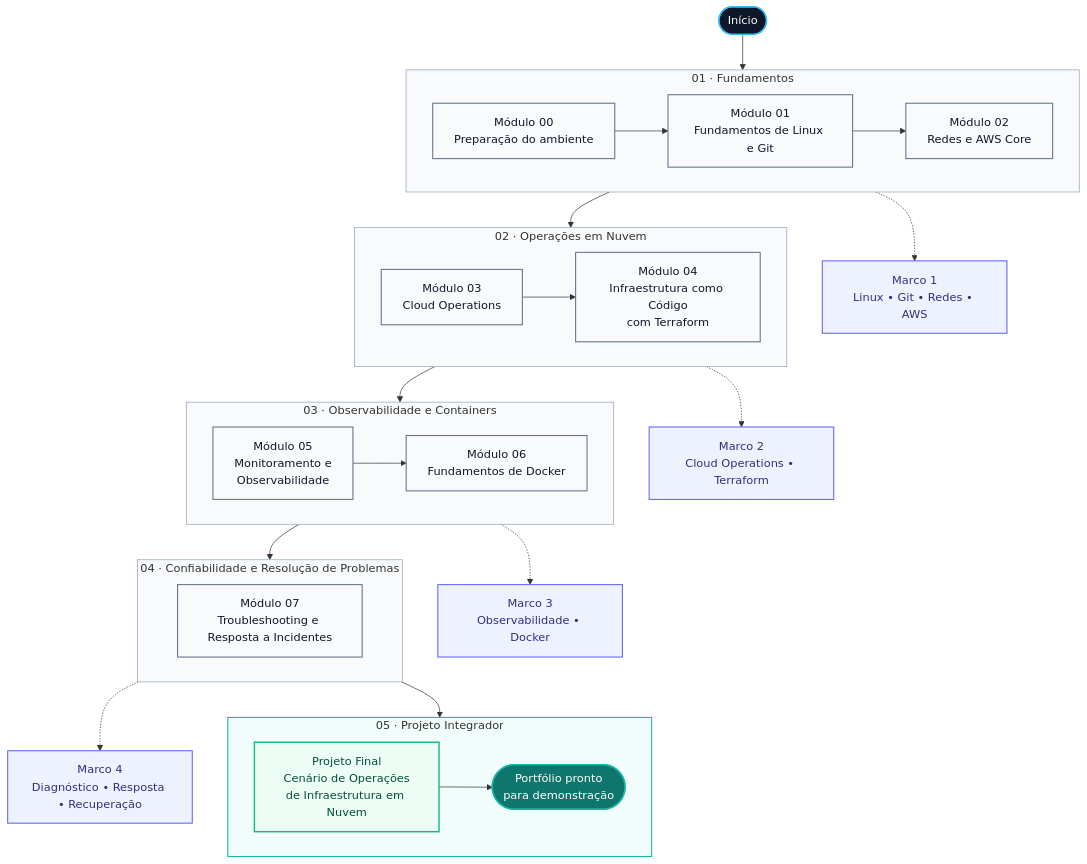
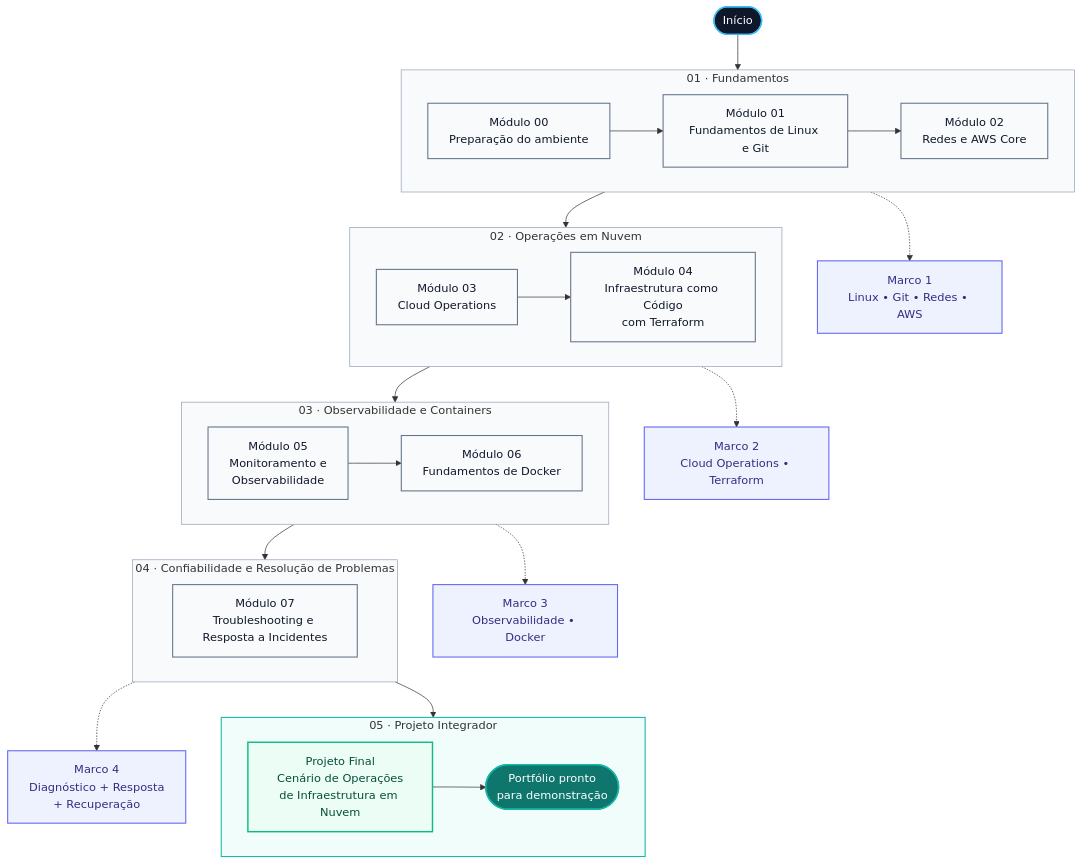
The first of 2 diagrams in docs/roadmap.md (itamarsb/cloud-infrastructure-operations-lab), drawn with Mermaid before and after one commit.

````diff
--- a/docs/roadmap.md
+++ b/docs/roadmap.md
@@ -38,72 +38,72 @@
 ```mermaid
 flowchart TB
     START([Início])
 
     subgraph F1["01 · Fundamentos"]
         direction LR
         M00["Módulo 00<br/>Preparação do ambiente"]
         M01["Módulo 01<br/>Fundamentos de Linux e Git"]
         M02["Módulo 02<br/>Redes e AWS Core"]
         M00 --> M01 --> M02
     end
 
     subgraph F2["02 · Operações em Nuvem"]
         direction LR
         M03["Módulo 03<br/>Cloud Operations"]
         M04["Módulo 04<br/>Infraestrutura como Código<br/>com Terraform"]
         M03 --> M04
     end
 
     subgraph F3["03 · Observabilidade e Containers"]
         direction LR
         M05["Módulo 05<br/>Monitoramento e<br/>Observabilidade"]
         M06["Módulo 06<br/>Fundamentos de Docker"]
         M05 --> M06
     end
 
     subgraph F4["04 · Confiabilidade e Resolução de Problemas"]
         direction LR
         M07["Módulo 07<br/>Troubleshooting e Resposta a Incidentes"]
     end
 
     subgraph F5["05 · Projeto Integrador"]
         direction LR
         M08["Projeto Final<br/>Cenário de Operações<br/>de Infraestrutura em Nuvem"]
         DONE([Portfólio pronto<br/>para demonstração])
         M08 --> DONE
     end
 
     START --> M00
     M02 --> M03
     M04 --> M05
     M06 --> M07
     M07 --> M08
 
     C1["Marco 1<br/>Linux • Git • Redes • AWS"]
     C2["Marco 2<br/>Cloud Operations • Terraform"]
     C3["Marco 3<br/>Observabilidade • Docker"]
-    C4["Marco 4<br/>Diagnóstico • Resposta • Recuperação"]
+    C4["Marco 4<br/>Diagnóstico + Resposta<br/>+ Recuperação"]
 
     M02 -.-> C1
     M04 -.-> C2
     M06 -.-> C3
     M07 -.-> C4
 
     classDef start fill:#0f172a,stroke:#38bdf8,color:#ffffff,stroke-width:2px;
     classDef module fill:#f8fafc,stroke:#64748b,color:#0f172a,stroke-width:1.5px;
     classDef milestone fill:#eef2ff,stroke:#6366f1,color:#312e81,stroke-width:1.5px;
     classDef final fill:#ecfdf5,stroke:#10b981,color:#064e3b,stroke-width:2px;
     classDef finish fill:#0f766e,stroke:#14b8a6,color:#ffffff,stroke-width:2px;
 
     class START start;
     class M00,M01,M02,M03,M04,M05,M06,M07 module;
     class C1,C2,C3,C4 milestone;
     class M08 final;
     class DONE finish;
 
     style F1 fill:#f8fafc,stroke:#94a3b8,stroke-width:1px
     style F2 fill:#f8fafc,stroke:#94a3b8,stroke-width:1px
     style F3 fill:#f8fafc,stroke:#94a3b8,stroke-width:1px
     style F4 fill:#f8fafc,stroke:#94a3b8,stroke-width:1px
     style F5 fill:#f0fdfa,stroke:#14b8a6,stroke-width:1.5px
 ```
````
